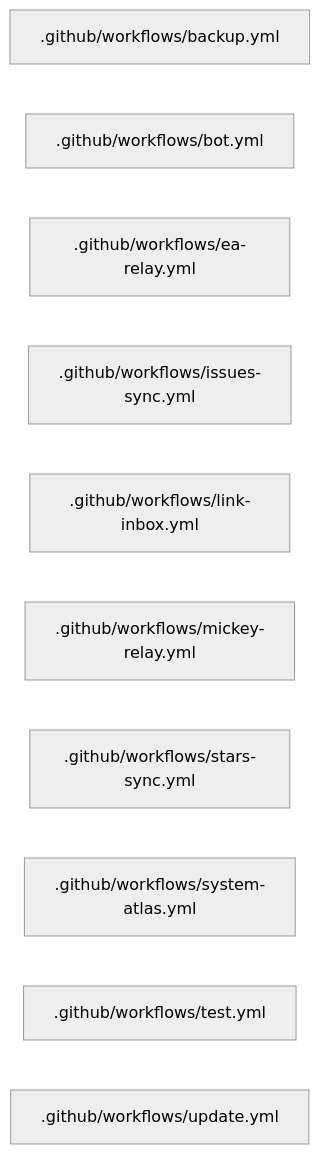
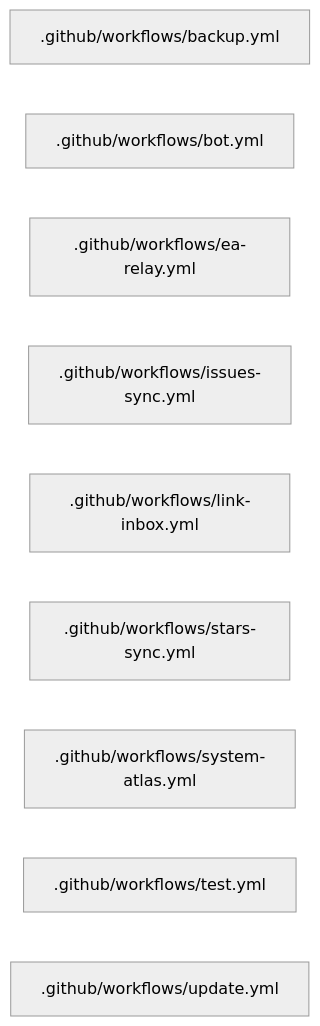
One commit to devroadtosucces15-boop/Norex-United-FC changed the diagram in PLANNING/system-atlas/layer-github.md. Above: the diagram before and after it, drawn with Mermaid (neutral theme). The commit also changed 3 other files, not shown here.

Commit message:
docs: refresh living system atlas [skip ci]

````diff
--- a/PLANNING/system-atlas/layer-github.md
+++ b/PLANNING/system-atlas/layer-github.md
@@ -5,13 +5,12 @@
 ```mermaid
 flowchart LR
   n0[".github/workflows/backup.yml"]
   n1[".github/workflows/bot.yml"]
   n2[".github/workflows/ea-relay.yml"]
   n3[".github/workflows/issues-sync.yml"]
   n4[".github/workflows/link-inbox.yml"]
-  n5[".github/workflows/mickey-relay.yml"]
-  n6[".github/workflows/stars-sync.yml"]
-  n7[".github/workflows/system-atlas.yml"]
-  n8[".github/workflows/test.yml"]
-  n9[".github/workflows/update.yml"]
+  n5[".github/workflows/stars-sync.yml"]
+  n6[".github/workflows/system-atlas.yml"]
+  n7[".github/workflows/test.yml"]
+  n8[".github/workflows/update.yml"]
 ```
````
